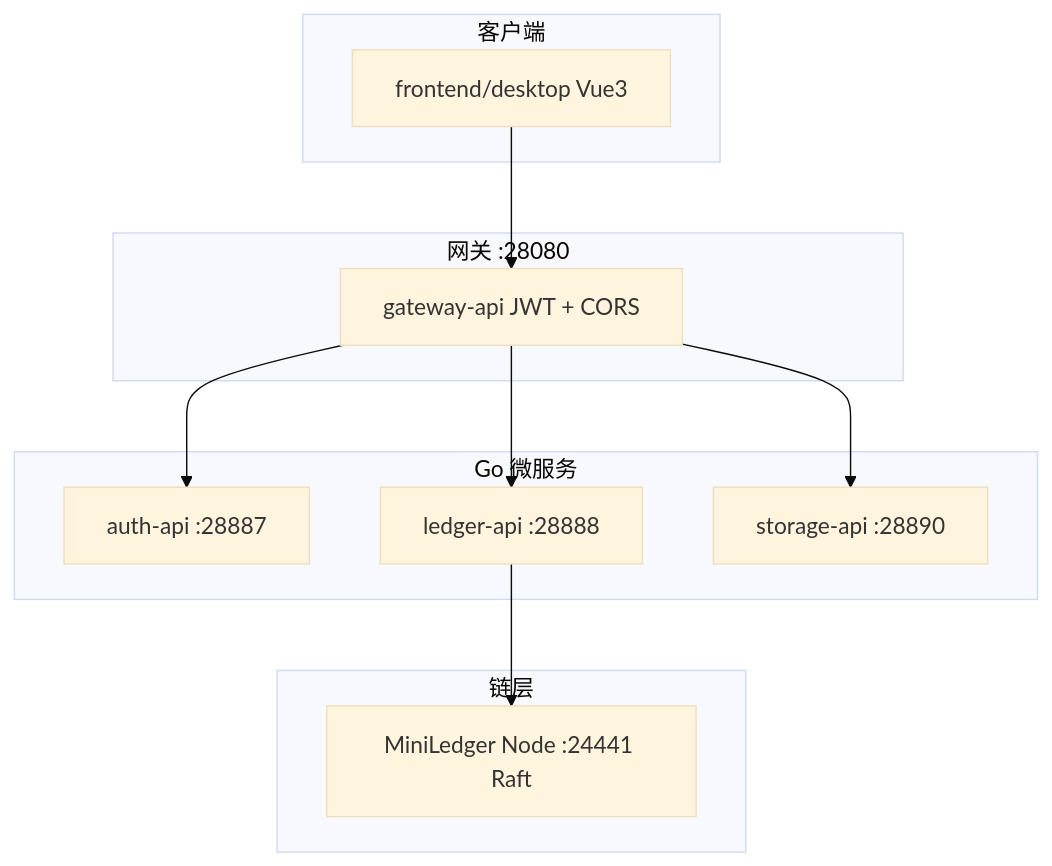
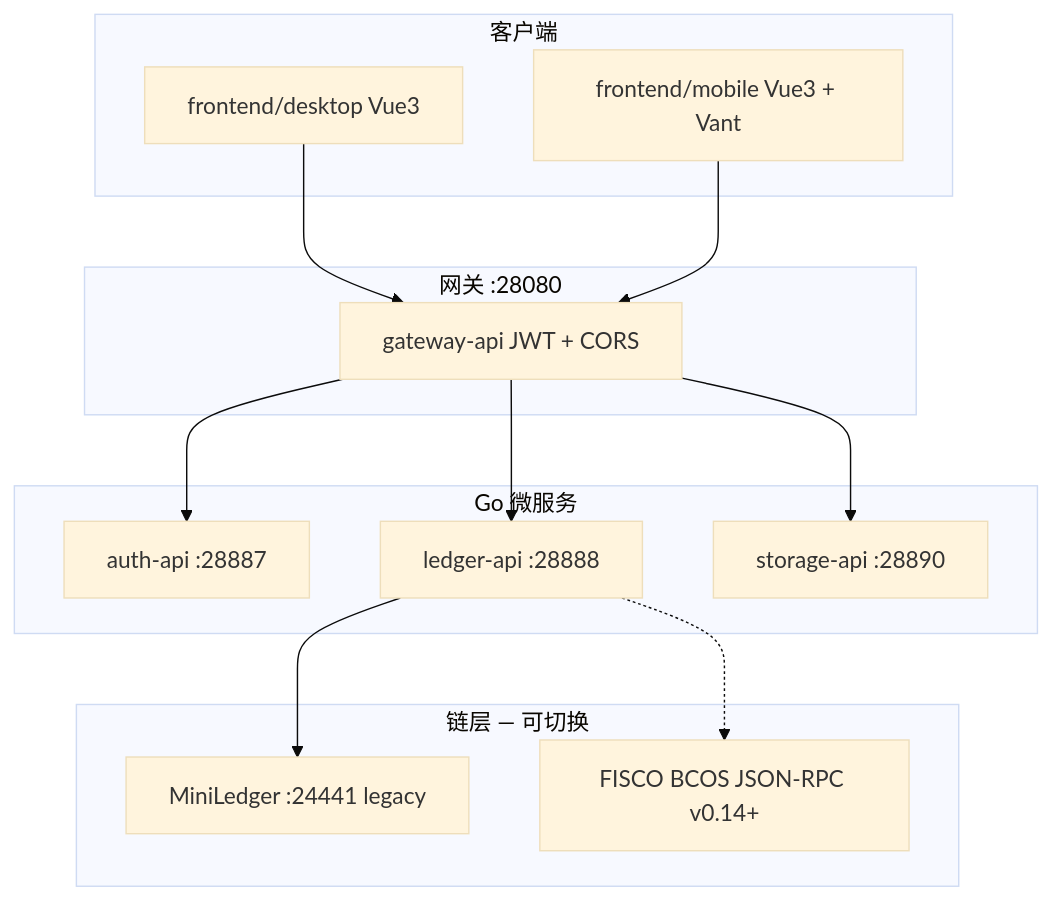
One commit to torisu-kirame/go-Smart-ledger changed the diagram in README.md. Above: the diagram before and after it, drawn with Mermaid (base theme). The commit also changed other lines of this file and 2 other files, not shown here.

First line of the commit message:
docs(v0.14.0): README 增补移动端 APK、版本标签与 FISCO 迁移路线图

````diff
--- a/README.md
+++ b/README.md
@@ -52,26 +57,30 @@
 ```mermaid
 flowchart TB
     subgraph client [客户端]
         Desktop[frontend/desktop Vue3]
+        Mobile[frontend/mobile Vue3 + Vant]
     end
 
     subgraph gateway_layer [网关 :28080]
         GW[gateway-api JWT + CORS]
     end
 
     subgraph services [Go 微服务]
         AUTH[auth-api :28887]
         LEDGER[ledger-api :28888]
         STORAGE[storage-api :28890]
     end
 
-    subgraph chain [链层]
-        ML[MiniLedger Node :24441 Raft]
+    subgraph chain [链层 — 可切换]
+        ML[MiniLedger :24441 legacy]
+        FISCO[FISCO BCOS JSON-RPC v0.14+]
     end
 
     Desktop --> GW
+    Mobile --> GW
     GW --> AUTH
     GW --> LEDGER
     GW --> STORAGE
     LEDGER --> ML
+    LEDGER -.-> FISCO
 ```
````
